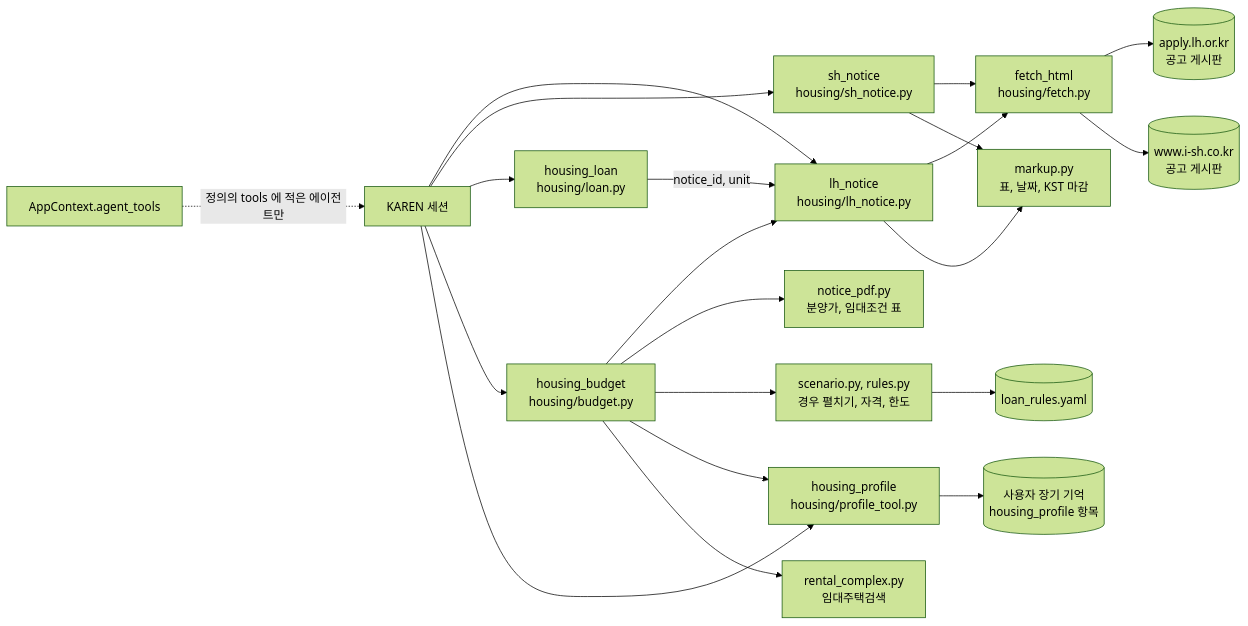
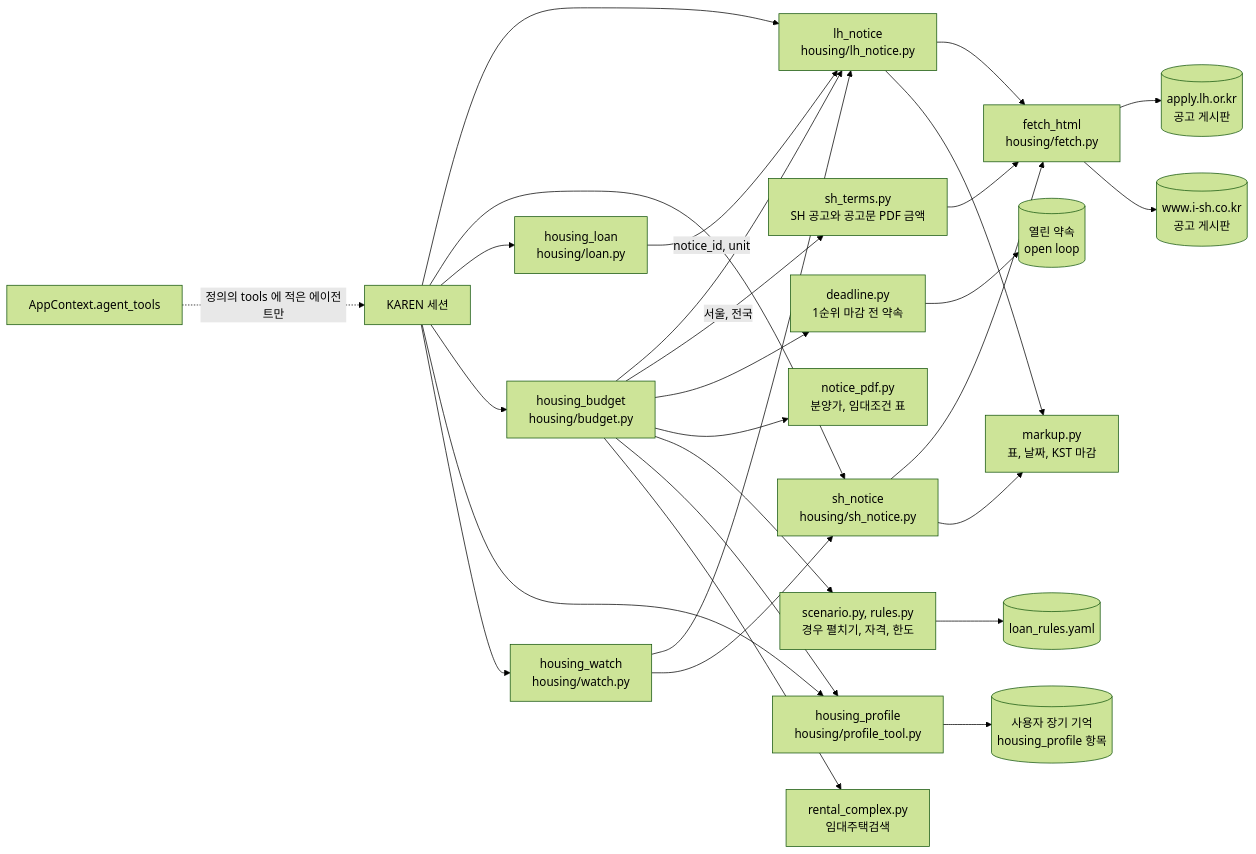
One commit to ash-hun/jarvis-agent changed the third of 3 diagrams in website/docs/agents/karen/housing.md. Above: the diagram before and after it, drawn with Mermaid (forest theme). The commit also changed other lines of this file and 30 other files, not shown here.

First line of the commit message:
Docs: 기능별 그림 13장과 캡션, mermaid 를 지금 코드에 맞춰, 사라진 메모리 미들웨어와 ThoughtFrame 약속 필드를 지우고 이후 추가된 경로를 그린다 (#179)

````diff
--- a/website/docs/agents/karen/housing.md
+++ b/website/docs/agents/karen/housing.md
@@ -292,23 +296,30 @@
 ```mermaid
 flowchart LR
   K[KAREN 세션] --> LH[lh_notice<br/>housing/lh_notice.py]
   K --> SH[sh_notice<br/>housing/sh_notice.py]
   K --> LOAN[housing_loan<br/>housing/loan.py]
   K --> BUD[housing_budget<br/>housing/budget.py]
   K --> PROF[housing_profile<br/>housing/profile_tool.py]
   BUD --> LH
+  BUD -->|서울, 전국| SHT[sh_terms.py<br/>SH 공고와 공고문 PDF 금액]
+  SHT --> FETCH
+  BUD --> DL[deadline.py<br/>1순위 마감 전 약속]
+  DL --> LOOPS[(열린 약속<br/>open loop)]
+  K --> WATCH[housing_watch<br/>housing/watch.py]
+  WATCH --> LH
+  WATCH --> SH
   BUD --> PDF[notice_pdf.py<br/>분양가, 임대조건 표]
   BUD --> SCN["scenario.py, rules.py<br/>경우 펼치기, 자격, 한도"]
   SCN --> RULES[("loan_rules.yaml")]
   BUD --> PROF
   PROF --> MEM[("사용자 장기 기억<br/>housing_profile 항목")]
   BUD --> CPX[rental_complex.py<br/>임대주택검색]
   LOAN -->|notice_id, unit| LH
   LH --> FETCH[fetch_html<br/>housing/fetch.py]
   SH --> FETCH
   FETCH --> LHS[(apply.lh.or.kr<br/>공고 게시판)]
   FETCH --> SHS[(www.i-sh.co.kr<br/>공고 게시판)]
   LH --> MK[markup.py<br/>표, 날짜, KST 마감]
   SH --> MK
   CTX[AppContext.agent_tools] -. 정의의 tools 에 적은 에이전트만 .-> K
 ```
````
